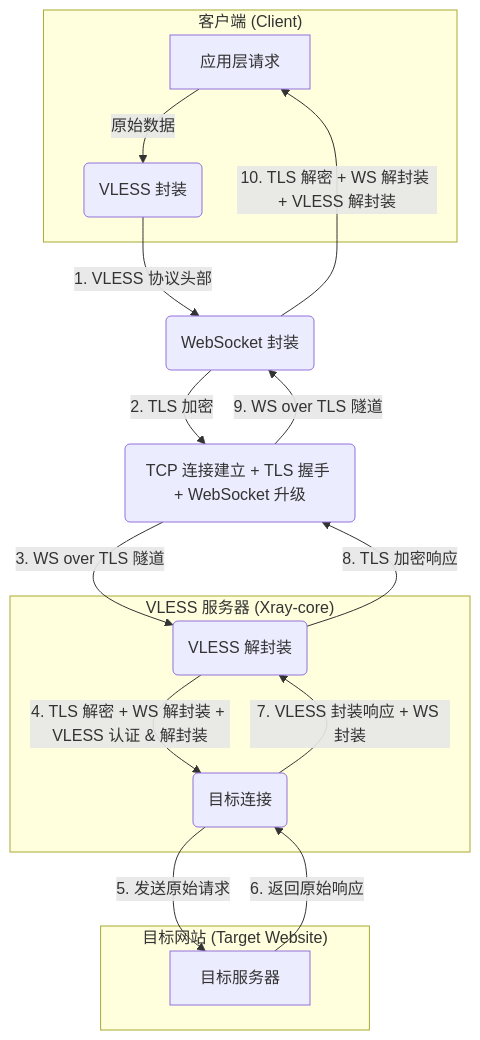
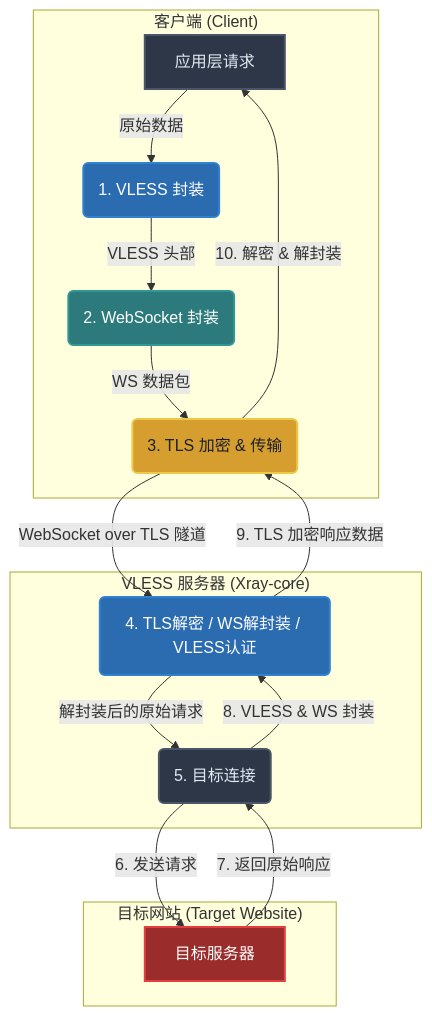
One commit to teatang/t-blog changed the second of 3 diagrams in source/_posts/2023/2023-09-29_VLESS协议详解：下一代无状态加密传输协议.md. Above: the diagram before and after it, drawn with Mermaid. The commit also changed other lines of this file and 4 other files, not shown here.

```diff
--- a/source/_posts/2023/2023-09-29_VLESS协议详解：下一代无状态加密传输协议.md
+++ b/source/_posts/2023/2023-09-29_VLESS协议详解：下一代无状态加密传输协议.md
@@ -133,26 +155,36 @@
 {% mermaid %}
 graph TD
-    subgraph "客户端 (Client)"
-        A[应用层请求] --> |原始数据| A1(VLESS 封装)
+    %% 自定义深色节点与文字颜色
+    %% =======================================================
+    style A fill:#2d3748,stroke:#4a5568,stroke-width:2px,color:#e2e8f0
+    style A1 fill:#2b6cb0,stroke:#3182ce,stroke-width:2px,color:#fff
+    style A2 fill:#2c7a7b,stroke:#319795,stroke-width:2px,color:#fff
+    style A3 fill:#d69e2e,stroke:#ecc94b,stroke-width:2px,color:#1a202c
+    style S1 fill:#2b6cb0,stroke:#3182ce,stroke-width:2px,color:#fff
+    style S2 fill:#2d3748,stroke:#4a5568,stroke-width:2px,color:#e2e8f0
+    style D fill:#9b2c2c,stroke:#e53e3e,stroke-width:2px,color:#fff
+
+    subgraph client ["客户端 (Client)"]
+        A[应用层请求] --> |原始数据| A1(1. VLESS 封装)
+        A1 --> |VLESS 头部| A2(2. WebSocket 封装)
+        A2 --> |WS 数据包| A3(3. TLS 加密 & 传输)
     end
 
-    subgraph "VLESS 服务器 (Xray-core)"
-        S1(VLESS 解封装)
-        S2(目标连接)
+    subgraph vless_server ["VLESS 服务器 (Xray-core)"]
+        S1(4. TLS解密 / WS解封装 / VLESS认证) --> |解封装后的原始请求| S2(5. 目标连接)
     end
 
-    subgraph "目标网站 (Target Website)"
+    subgraph target ["目标网站 (Target Website)"]
         D[目标服务器]
     end
 
-    A1 --> |1. VLESS 协议头部| A2(WebSocket 封装)
-    A2 --> |2. TLS 加密| A3(TCP 连接建立 + TLS 握手 + WebSocket 升级)
-    A3 --> |3. WS over TLS 隧道| S1
-    S1 --> |4. TLS 解密 + WS 解封装 + VLESS 认证 & 解封装| S2
-    S2 --> |5. 发送原始请求| D
-    D --> |6. 返回原始响应| S2
-    S2 --> |7. VLESS 封装响应 + WS 封装| S1
-    S1 --> |8. TLS 加密响应| A3
-    A3 --> |9. WS over TLS 隧道| A2
-    A2 --> |10. TLS 解密 + WS 解封装 + VLESS 解封装| A
+    %% 核心传输与交互（去程）
+    A3 --> |WebSocket over TLS 隧道| S1
+    S2 --> |6. 发送请求| D
+
+    %% 回程逻辑
+    D --> |7. 返回原始响应| S2
+    S2 --> |8. VLESS & WS 封装| S1
+    S1 --> |9. TLS 加密响应数据| A3
+    A3 --> |10. 解密 & 解封装| A
 {% endmermaid %}
```
